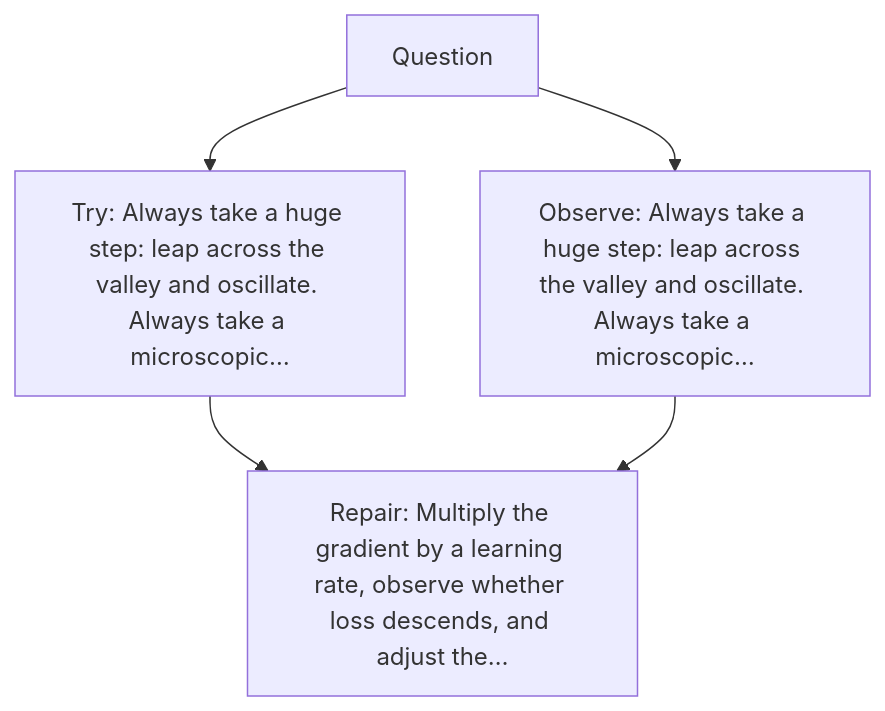
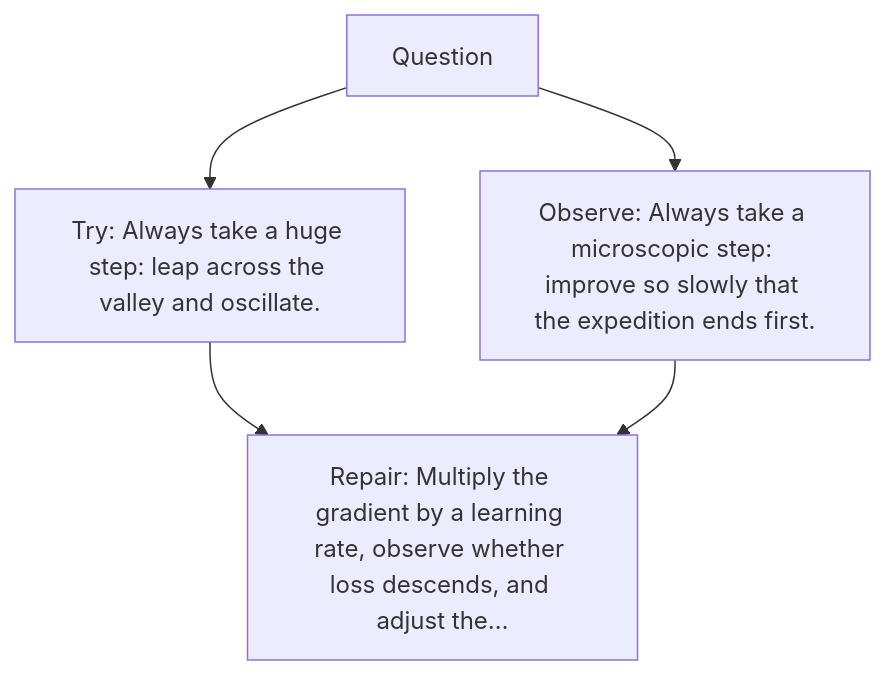
One commit to kleem-labs/AI-Archaeology changed the diagram in excavations/027-learning-rate/diagram.md. Above: the diagram before and after it, drawn with Mermaid. The commit also changed other lines of this file and 165 other files, not shown here.

````diff
--- a/excavations/027-learning-rate/diagram.md
+++ b/excavations/027-learning-rate/diagram.md
@@ -5,7 +5,7 @@
 ```mermaid
 flowchart TD
-    A["Question"] --> B["Try: Always take a huge step: leap across the valley and oscillate. Always take a microscopic…"]
-    A --> C["Observe: Always take a huge step: leap across the valley and oscillate. Always take a microscopic…"]
+    A["Question"] --> B["Try: Always take a huge step: leap across the valley and oscillate."]
+    A --> C["Observe: Always take a microscopic step: improve so slowly that the expedition ends first."]
     B --> D["Repair: Multiply the gradient by a learning rate, observe whether loss descends, and adjust the…"]
     C --> D
 ```
````
